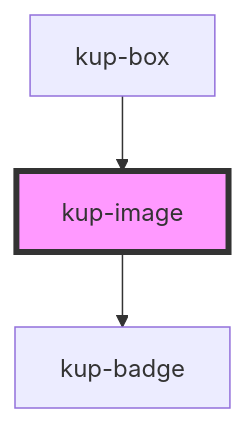
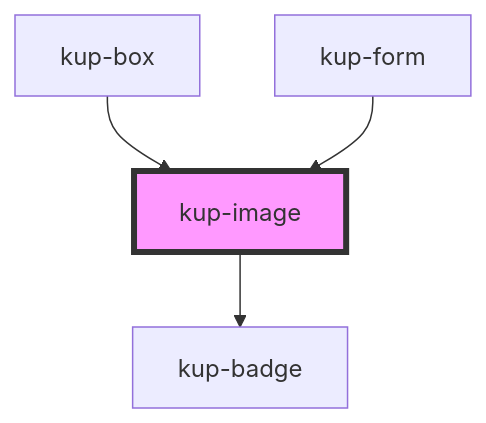
The diagram in packages/ketchup/src/components/kup-image/readme.md (smeup/ketchup), drawn with Mermaid before and after one commit. The commit also changed other lines of this file and 10 other files, not shown here.

Commit message:
kup form: IMG and PGB as shape or as obj

````diff
--- a/packages/ketchup/src/components/kup-image/readme.md
+++ b/packages/ketchup/src/components/kup-image/readme.md
@@ -32,6 +33,7 @@
 ```mermaid
 graph TD;
   kup-image --> kup-badge
   kup-box --> kup-image
+  kup-form --> kup-image
   style kup-image fill:#f9f,stroke:#333,stroke-width:4px
 ```
````
